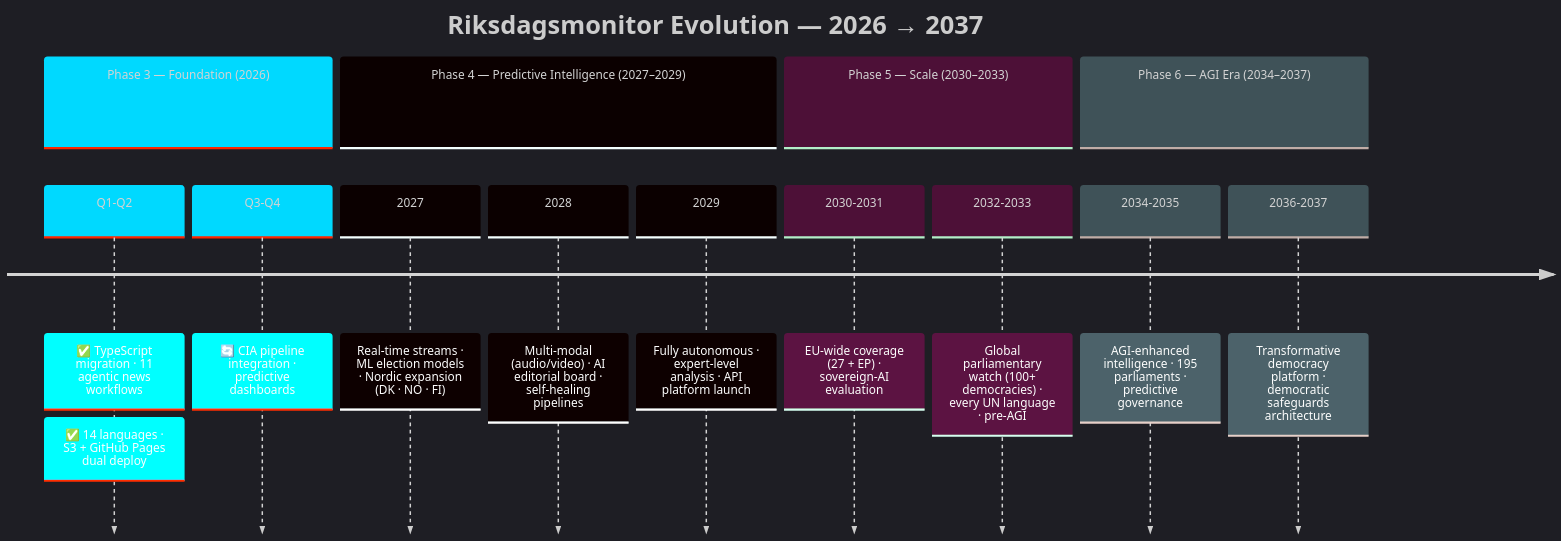
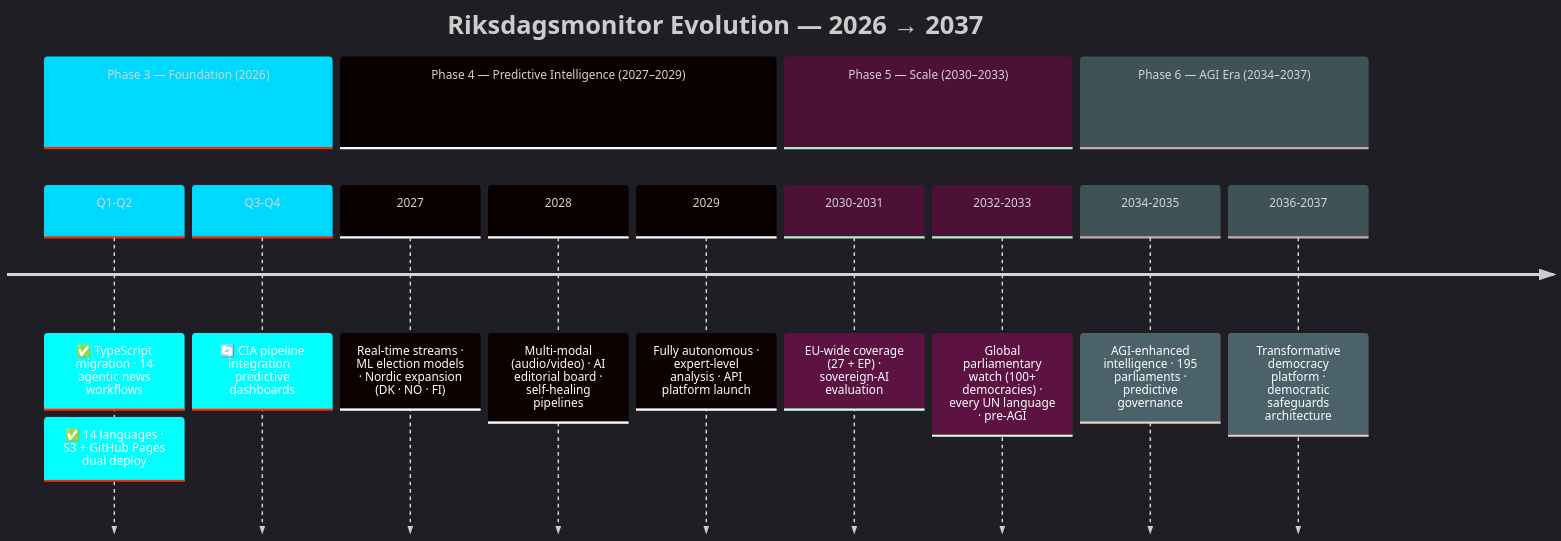
Before and after one commit to Hack23/riksdagsmonitor: the second of 2 diagrams in README.md, drawn with Mermaid. The commit also changed other lines of this file and 6 other files, not shown here.

````diff
--- a/README.md
+++ b/README.md
@@ -488,19 +488,19 @@
 ```mermaid
 %%{init: {"theme": "dark", "themeVariables": {"primaryColor": "#00d9ff", "primaryTextColor": "#e0e0e0", "primaryBorderColor": "#ff006e", "lineColor": "#ffbe0b", "secondaryColor": "#1a1e3d", "tertiaryColor": "#0a0e27"}}}%%
 timeline
     title Riksdagsmonitor Evolution — 2026 → 2037
     section Phase 3 — Foundation (2026)
-        Q1-Q2 : ✅ TypeScript migration · 11 agentic news workflows
+        Q1-Q2 : ✅ TypeScript migration · 14 agentic news workflows
               : ✅ 14 languages · S3 + GitHub Pages dual deploy
         Q3-Q4 : 🔄 CIA pipeline integration · predictive dashboards
     section Phase 4 — Predictive Intelligence (2027–2029)
         2027 : Real-time streams · ML election models · Nordic expansion (DK · NO · FI)
         2028 : Multi-modal (audio/video) · AI editorial board · self-healing pipelines
         2029 : Fully autonomous · expert-level analysis · API platform launch
     section Phase 5 — Scale (2030–2033)
         2030-2031 : EU-wide coverage (27 + EP) · sovereign-AI evaluation
         2032-2033 : Global parliamentary watch (100+ democracies) · every UN language · pre-AGI
     section Phase 6 — AGI Era (2034–2037)
         2034-2035 : AGI-enhanced intelligence · 195 parliaments · predictive governance
         2036-2037 : Transformative democracy platform · democratic safeguards architecture
 ```
````
